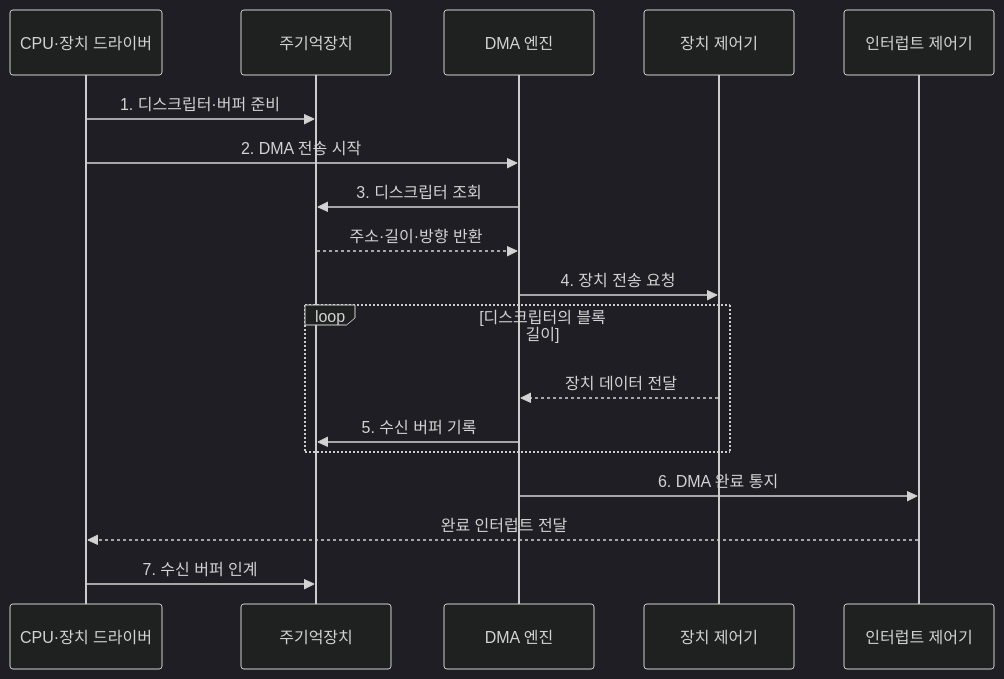
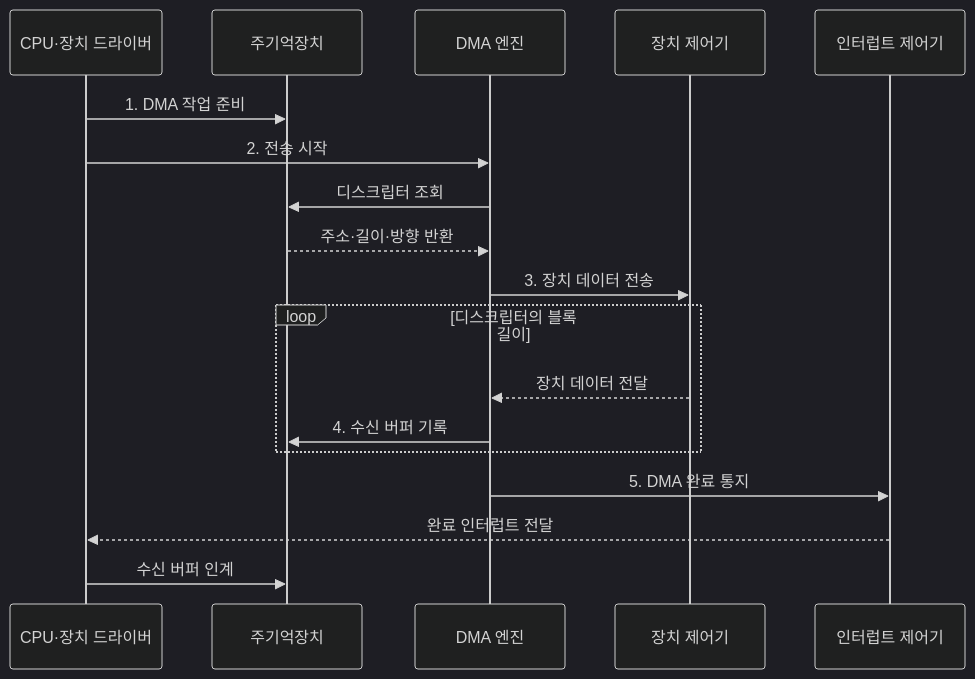
The second of 2 diagrams in src/content/docs/notes/02-hardware/033_io_interface.md (agnusdei1207/knowledge-base), drawn with Mermaid (dark theme) before and after one commit. The commit also changed other lines of this file and 86 other files, not shown here.

````diff
--- a/src/content/docs/notes/02-hardware/033_io_interface.md
+++ b/src/content/docs/notes/02-hardware/033_io_interface.md
@@ -88,21 +88,21 @@
 ```mermaid
 sequenceDiagram
     participant C as CPU·장치 드라이버
     participant M as 주기억장치
     participant E as DMA 엔진
     participant D as 장치 제어기
     participant I as 인터럽트 제어기
 
-    C->>M: 1. 디스크립터·버퍼 준비
-    C->>E: 2. DMA 전송 시작
-    E->>M: 3. 디스크립터 조회
+    C->>M: 1. DMA 작업 준비
+    C->>E: 2. 전송 시작
+    E->>M: 디스크립터 조회
     M-->>E: 주소·길이·방향 반환
-    E->>D: 4. 장치 전송 요청
+    E->>D: 3. 장치 데이터 전송
     loop 디스크립터의 블록 길이
         D-->>E: 장치 데이터 전달
-        E->>M: 5. 수신 버퍼 기록
+        E->>M: 4. 수신 버퍼 기록
     end
-    E->>I: 6. DMA 완료 통지
+    E->>I: 5. DMA 완료 통지
     I-->>C: 완료 인터럽트 전달
-    C->>M: 7. 수신 버퍼 인계
+    C->>M: 수신 버퍼 인계
 ```
````
